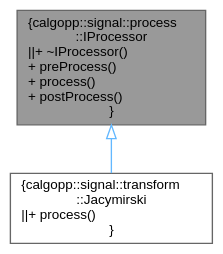
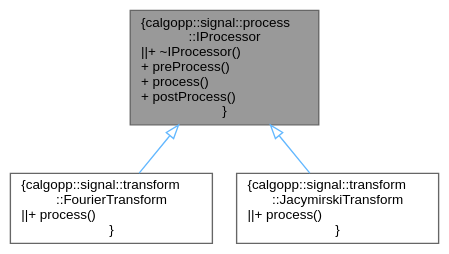
The diagram in classcalgopp_1_1signal_1_1process_1_1IProcessor__inherit__graph.dot (pawelekg95/algopp), drawn with Graphviz before and after one commit. The commit also changed 190 other files, not shown here.

```diff
--- a/classcalgopp_1_1signal_1_1process_1_1IProcessor__inherit__graph.dot
+++ b/classcalgopp_1_1signal_1_1process_1_1IProcessor__inherit__graph.dot
@@ -1,10 +1,12 @@
 digraph "calgopp::signal::process::IProcessor"
 {
  // LATEX_PDF_SIZE
   bgcolor="transparent";
   edge [fontname=Helvetica,fontsize=10,labelfontname=Helvetica,labelfontsize=10];
   node [fontname=Helvetica,fontsize=10,shape=box,height=0.2,width=0.4];
   Node1 [label="{calgopp::signal::process\l::IProcessor\n||+ ~IProcessor()\l+ preProcess()\l+ process()\l+ postProcess()\l}",height=0.2,width=0.4,color="gray40", fillcolor="grey60", style="filled", fontcolor="black",tooltip=" "];
   Node1 -> Node2 [dir="back",color="steelblue1",style="solid",arrowtail="onormal"];
-  Node2 [label="{calgopp::signal::transform\l::Jacymirski\n||+ process()\l}",height=0.2,width=0.4,color="gray40", fillcolor="white", style="filled",URL="$classcalgopp_1_1signal_1_1transform_1_1Jacymirski.html",tooltip=" "];
+  Node2 [label="{calgopp::signal::transform\l::FourierTransform\n||+ process()\l}",height=0.2,width=0.4,color="gray40", fillcolor="white", style="filled",URL="$classcalgopp_1_1signal_1_1transform_1_1FourierTransform.html",tooltip=" "];
+  Node1 -> Node3 [dir="back",color="steelblue1",style="solid",arrowtail="onormal"];
+  Node3 [label="{calgopp::signal::transform\l::JacymirskiTransform\n||+ process()\l}",height=0.2,width=0.4,color="gray40", fillcolor="white", style="filled",URL="$classcalgopp_1_1signal_1_1transform_1_1JacymirskiTransform.html",tooltip=" "];
 }
```
